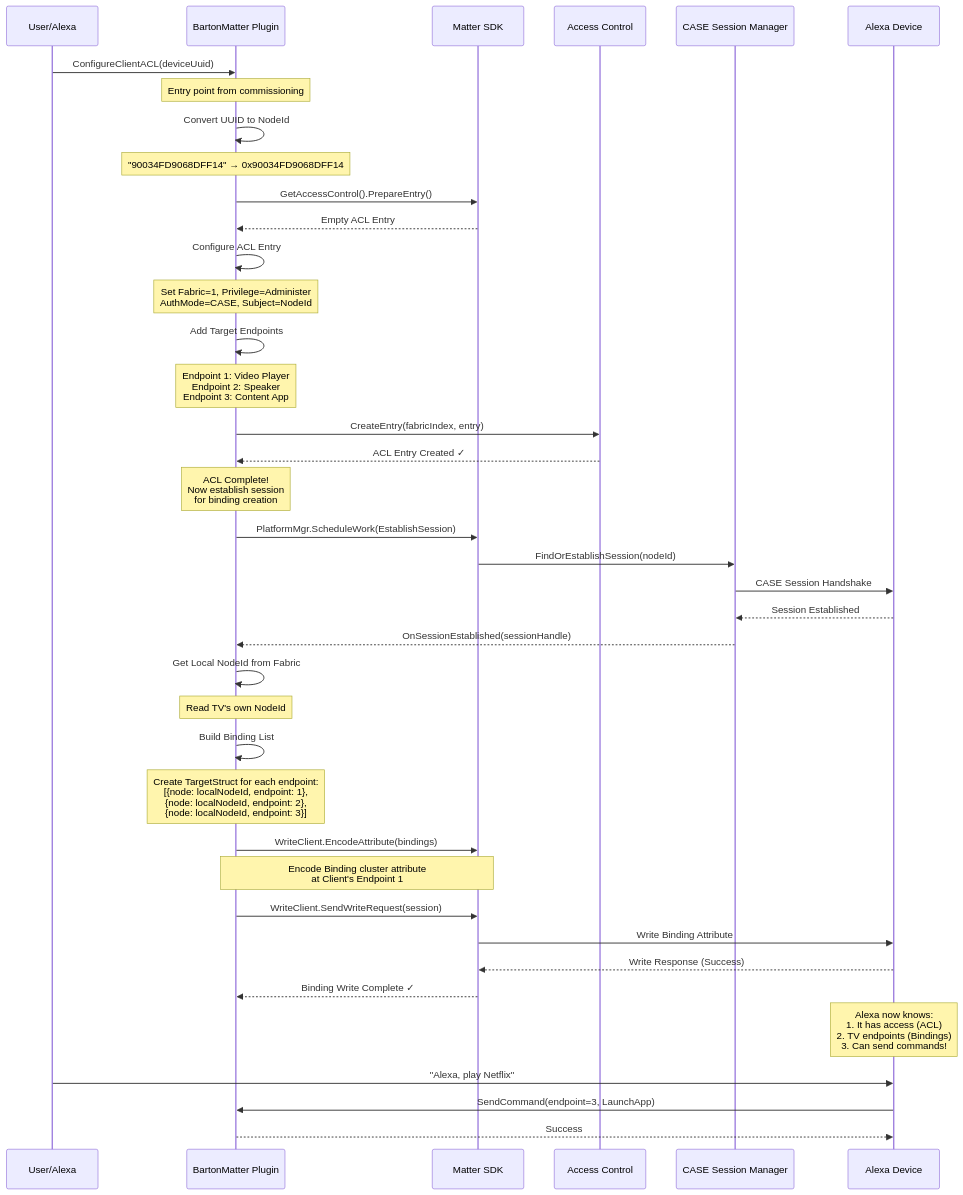
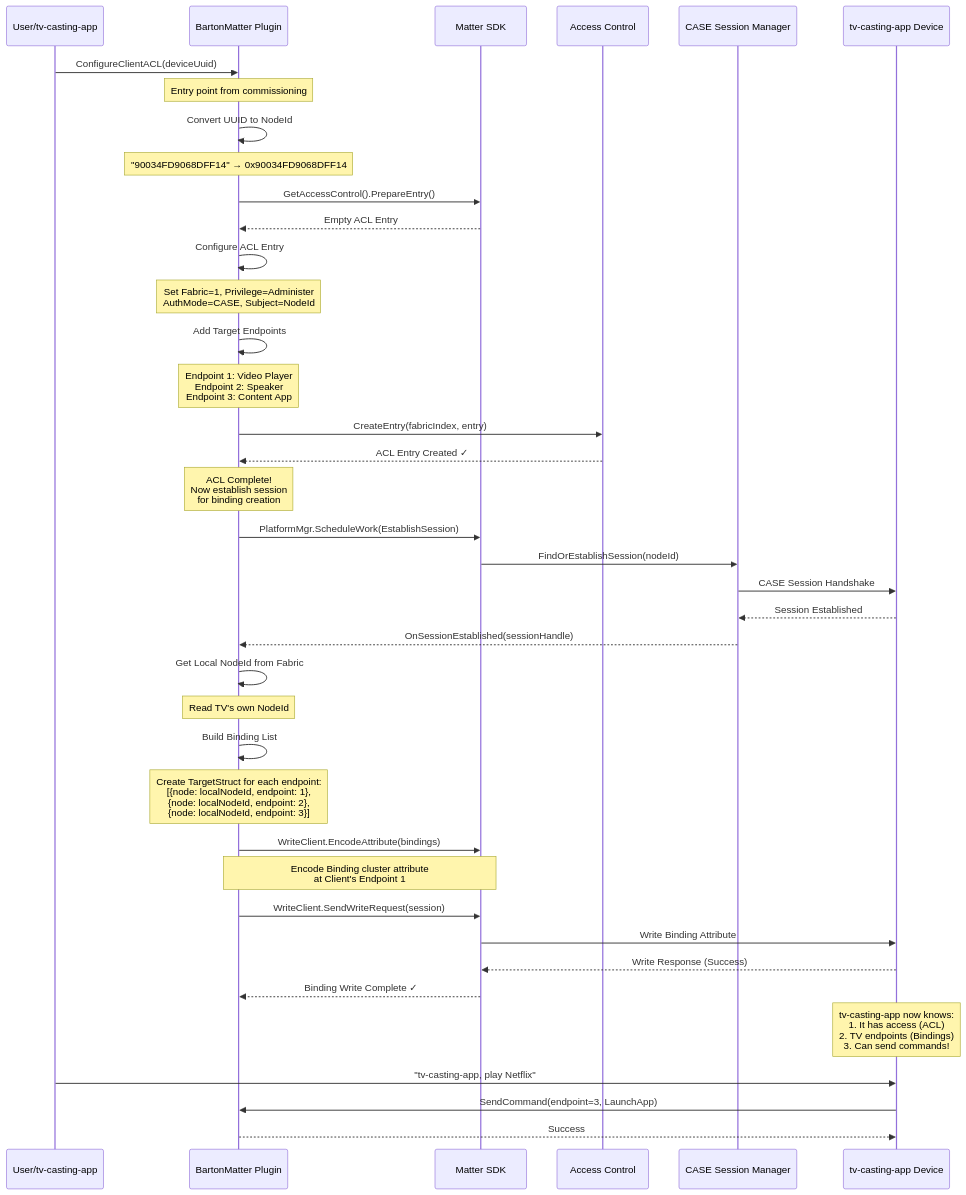
Before and after one commit to rdkcentral/entservices-connectivity: the diagram in BartonMatter/docs/ACL-and-Binding-Flow.md, drawn with Mermaid. The commit also changed other lines of this file, not shown here.

Commit message:
updated acl flow doc

````diff
--- a/BartonMatter/docs/ACL-and-Binding-Flow.md
+++ b/BartonMatter/docs/ACL-and-Binding-Flow.md
@@ -79,58 +79,58 @@
 ```mermaid
 sequenceDiagram
-    participant User as User/Alexa
+    participant User as User/tv-casting-app
     participant Barton as BartonMatter Plugin
     participant Matter as Matter SDK
     participant ACL as Access Control
     participant Session as CASE Session Manager
-    participant Client as Alexa Device
+    participant Client as tv-casting-app Device
 
     User->>Barton: ConfigureClientACL(deviceUuid)
     Note over Barton: Entry point from commissioning
 
     Barton->>Barton: Convert UUID to NodeId
     Note over Barton: "90034FD9068DFF14" → 0x90034FD9068DFF14
 
     Barton->>Matter: GetAccessControl().PrepareEntry()
     Matter-->>Barton: Empty ACL Entry
 
     Barton->>Barton: Configure ACL Entry
     Note over Barton: Set Fabric=1, Privilege=Administer<br/>AuthMode=CASE, Subject=NodeId
 
     Barton->>Barton: Add Target Endpoints
     Note over Barton: Endpoint 1: Video Player<br/>Endpoint 2: Speaker<br/>Endpoint 3: Content App
 
     Barton->>ACL: CreateEntry(fabricIndex, entry)
     ACL-->>Barton: ACL Entry Created ✓
 
     Note over Barton: ACL Complete!<br/>Now establish session<br/>for binding creation
 
     Barton->>Matter: PlatformMgr.ScheduleWork(EstablishSession)
     Matter->>Session: FindOrEstablishSession(nodeId)
 
     Session->>Client: CASE Session Handshake
     Client-->>Session: Session Established
 
     Session-->>Barton: OnSessionEstablished(sessionHandle)
 
     Barton->>Barton: Get Local NodeId from Fabric
     Note over Barton: Read TV's own NodeId
 
     Barton->>Barton: Build Binding List
     Note over Barton: Create TargetStruct for each endpoint:<br/>[{node: localNodeId, endpoint: 1},<br/>{node: localNodeId, endpoint: 2},<br/>{node: localNodeId, endpoint: 3}]
 
     Barton->>Matter: WriteClient.EncodeAttribute(bindings)
     Note over Barton,Matter: Encode Binding cluster attribute<br/>at Client's Endpoint 1
 
     Barton->>Matter: WriteClient.SendWriteRequest(session)
     Matter->>Client: Write Binding Attribute
 
     Client-->>Matter: Write Response (Success)
     Matter-->>Barton: Binding Write Complete ✓
 
-    Note over Client: Alexa now knows:<br/>1. It has access (ACL)<br/>2. TV endpoints (Bindings)<br/>3. Can send commands!
+    Note over Client: tv-casting-app now knows:<br/>1. It has access (ACL)<br/>2. TV endpoints (Bindings)<br/>3. Can send commands!
 
-    User->>Client: "Alexa, play Netflix"
+    User->>Client: "tv-casting-app, play Netflix"
     Client->>Barton: SendCommand(endpoint=3, LaunchApp)
     Barton-->>Client: Success
 ```
````
